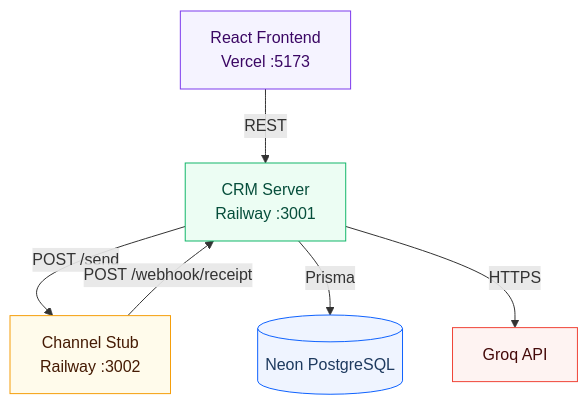
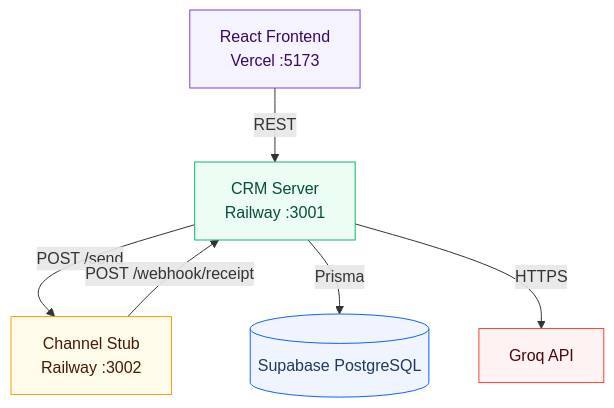
One commit to URAYUSHJAIN/xeno-crm-backend changed the first of 3 diagrams in README.md. Above: the diagram before and after it, drawn with Mermaid. The commit also changed other lines of this file and 4 other files, not shown here.

Commit message:
fix issue in chart bot

````diff
--- a/README.md
+++ b/README.md
@@ -36,14 +36,14 @@
 ```mermaid
 graph TD
     F[React Frontend<br/>Vercel :5173] -->|REST| C
     C[CRM Server<br/>Railway :3001] -->|POST /send| S
     S[Channel Stub<br/>Railway :3002] -->|POST /webhook/receipt| C
-    C -->|Prisma| D[(Neon PostgreSQL)]
+    C -->|Prisma| D[(Supabase PostgreSQL)]
     C -->|HTTPS| G[Groq API]
 
     style F fill:#f5f3ff,stroke:#7c3aed,color:#3b0764
     style C fill:#ecfdf3,stroke:#12b76a,color:#064e3b
     style S fill:#fffbeb,stroke:#f59e0b,color:#451a03
     style D fill:#eff4ff,stroke:#0f62fe,color:#1e3a5f
     style G fill:#fef3f2,stroke:#f04438,color:#450a0a
 ```
````
